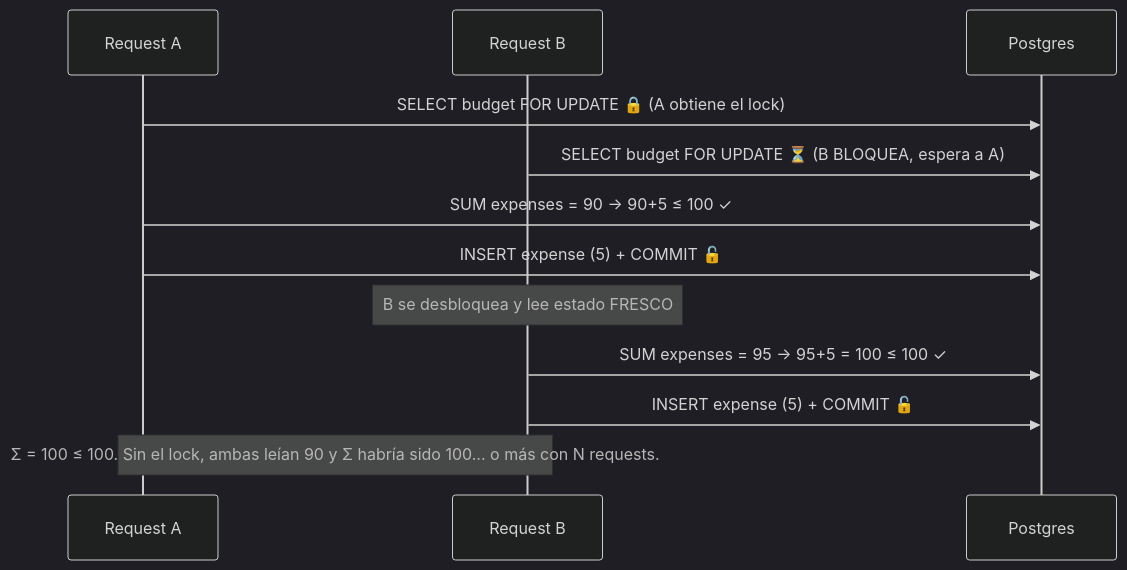
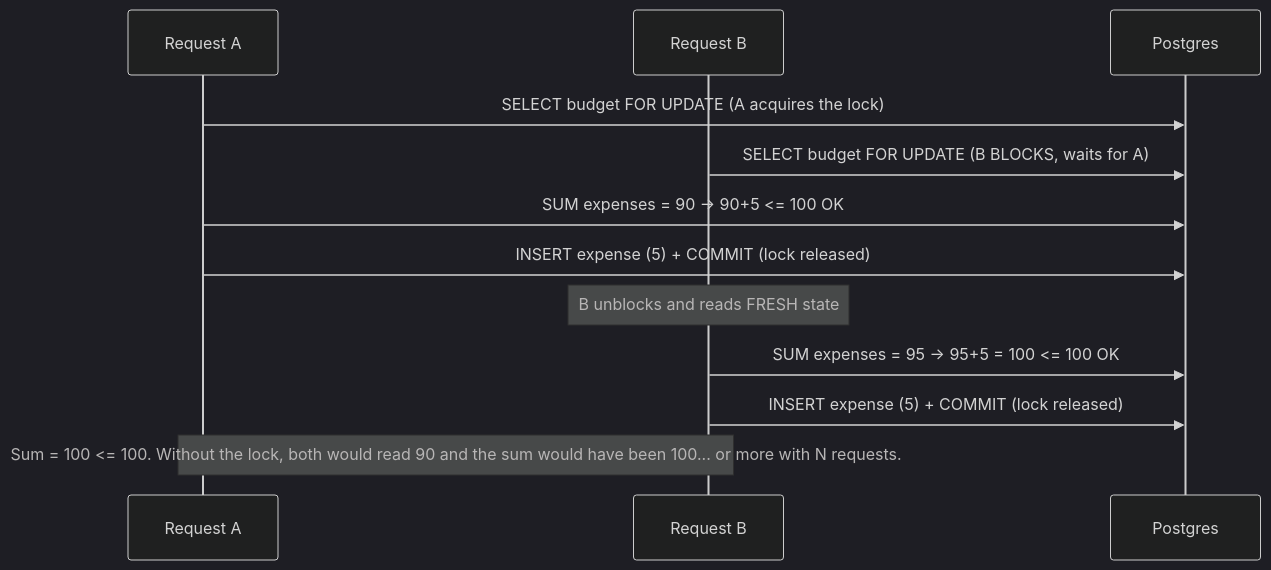
One commit to vicentera0957-arch/personal-finance-api changed the second of 2 diagrams in docs/concurrency-model.md. Above: the diagram before and after it, drawn with Mermaid (dark theme). The commit also changed other lines of this file and 21 other files, not shown here.

````diff
--- a/docs/concurrency-model.md
+++ b/docs/concurrency-model.md
@@ -297,15 +297,15 @@
 ```mermaid
 sequenceDiagram
     participant A as Request A
     participant B as Request B
     participant DB as Postgres
 
-    A->>DB: SELECT budget FOR UPDATE  🔒 (A obtiene el lock)
-    B->>DB: SELECT budget FOR UPDATE  ⏳ (B BLOQUEA, espera a A)
-    A->>DB: SUM expenses = 90 → 90+5 ≤ 100 ✓
-    A->>DB: INSERT expense (5) + COMMIT  🔓
-    Note over B: B se desbloquea y lee estado FRESCO
-    B->>DB: SUM expenses = 95 → 95+5 = 100 ≤ 100 ✓
-    B->>DB: INSERT expense (5) + COMMIT  🔓
-    Note over A,B: Σ = 100 ≤ 100. Sin el lock, ambas leían 90 y Σ habría sido 100... o más con N requests.
+    A->>DB: SELECT budget FOR UPDATE (A acquires the lock)
+    B->>DB: SELECT budget FOR UPDATE (B BLOCKS, waits for A)
+    A->>DB: SUM expenses = 90 -> 90+5 <= 100 OK
+    A->>DB: INSERT expense (5) + COMMIT (lock released)
+    Note over B: B unblocks and reads FRESH state
+    B->>DB: SUM expenses = 95 -> 95+5 = 100 <= 100 OK
+    B->>DB: INSERT expense (5) + COMMIT (lock released)
+    Note over A,B: Sum = 100 <= 100. Without the lock, both would read 90 and the sum would have been 100... or more with N requests.
 ```
````
